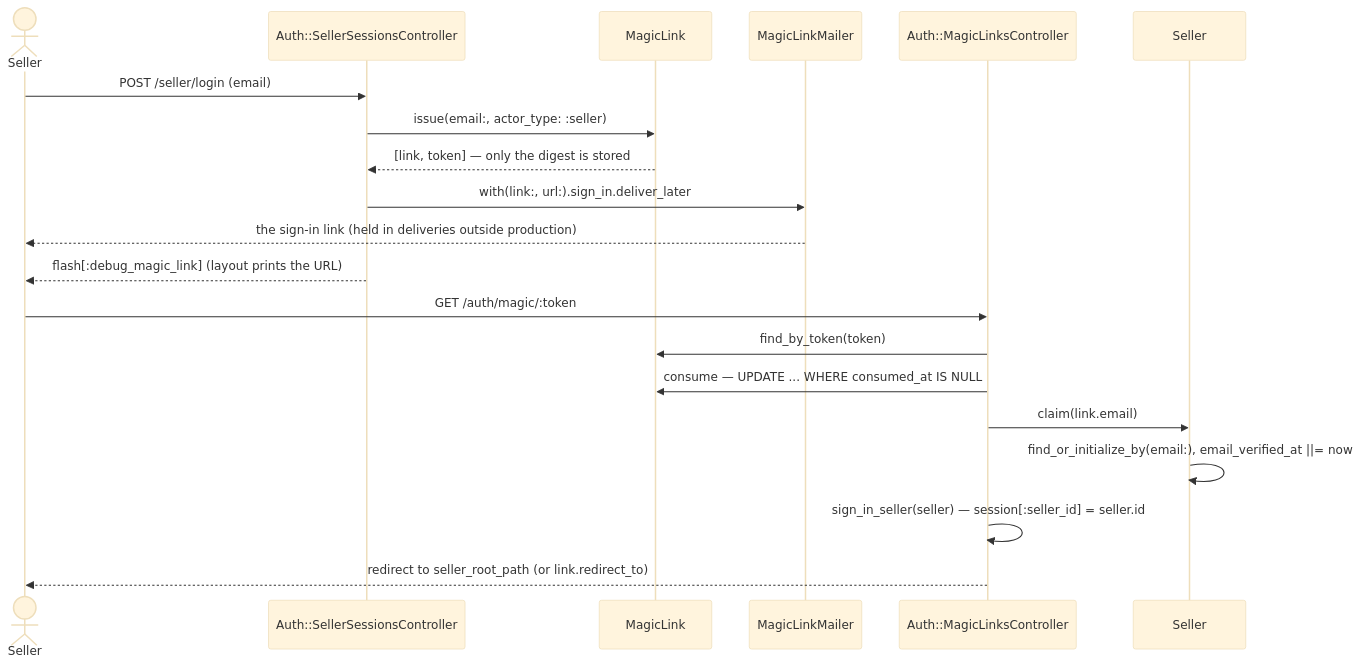
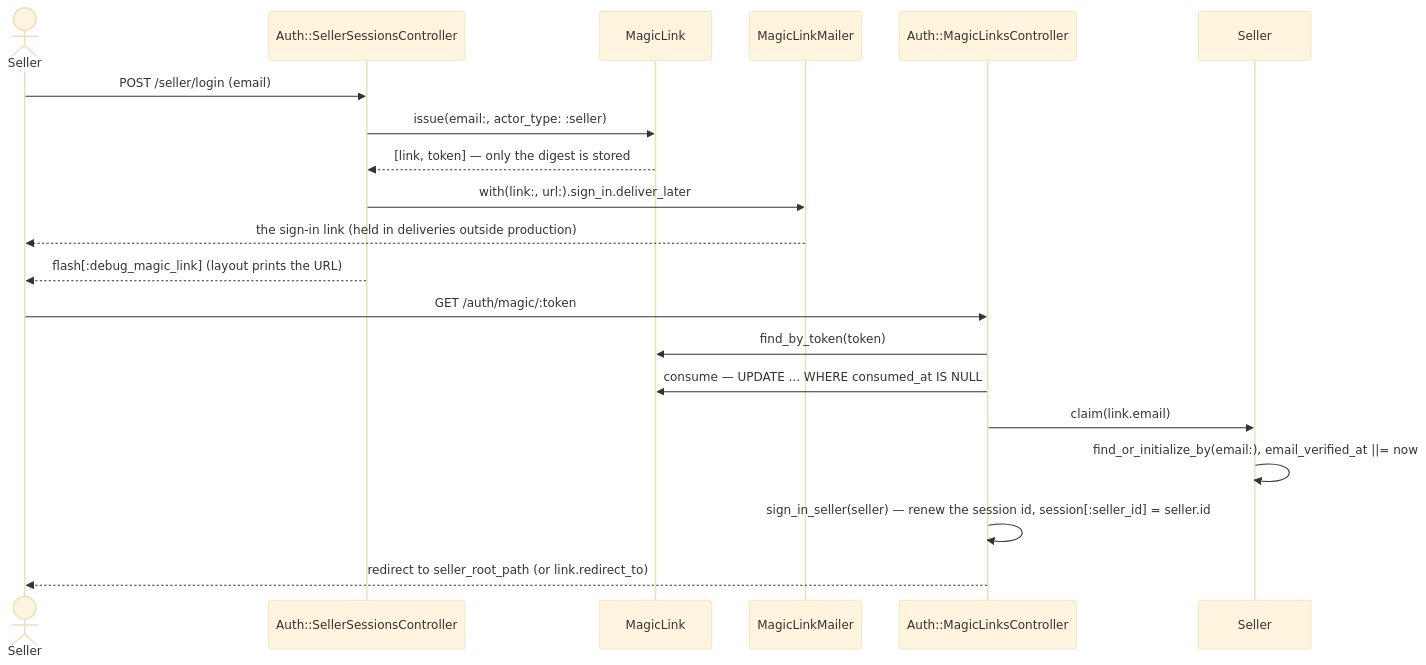
One commit to jonathan-beebe/art-store changed the first of 5 diagrams in prototype/rails/docs/identity.md. Above: the diagram before and after it, drawn with Mermaid (base theme). The commit also changed other lines of this file and 12 other files, not shown here.

````diff
--- a/prototype/rails/docs/identity.md
+++ b/prototype/rails/docs/identity.md
@@ -24,24 +28,24 @@
 ```mermaid
 sequenceDiagram
     actor Seller
     participant Login as Auth::SellerSessionsController
     participant MagicLinks as MagicLink
     participant Mailer as MagicLinkMailer
     participant Verify as Auth::MagicLinksController
     participant Sellers as Seller
 
     Seller->>Login: POST /seller/login (email)
     Login->>MagicLinks: issue(email:, actor_type: :seller)
     MagicLinks-->>Login: [link, token] — only the digest is stored
     Login->>Mailer: with(link:, url:).sign_in.deliver_later
     Mailer-->>Seller: the sign-in link (held in deliveries outside production)
     Login-->>Seller: flash[:debug_magic_link] (layout prints the URL)
 
     Seller->>Verify: GET /auth/magic/:token
     Verify->>MagicLinks: find_by_token(token)
     Verify->>MagicLinks: consume — UPDATE ... WHERE consumed_at IS NULL
     Verify->>Sellers: claim(link.email)
     Sellers->>Sellers: find_or_initialize_by(email:), email_verified_at ||= now
-    Verify->>Verify: sign_in_seller(seller) — session[:seller_id] = seller.id
+    Verify->>Verify: sign_in_seller(seller) — renew the session id, session[:seller_id] = seller.id
     Verify-->>Seller: redirect to seller_root_path (or link.redirect_to)
 ```
````
